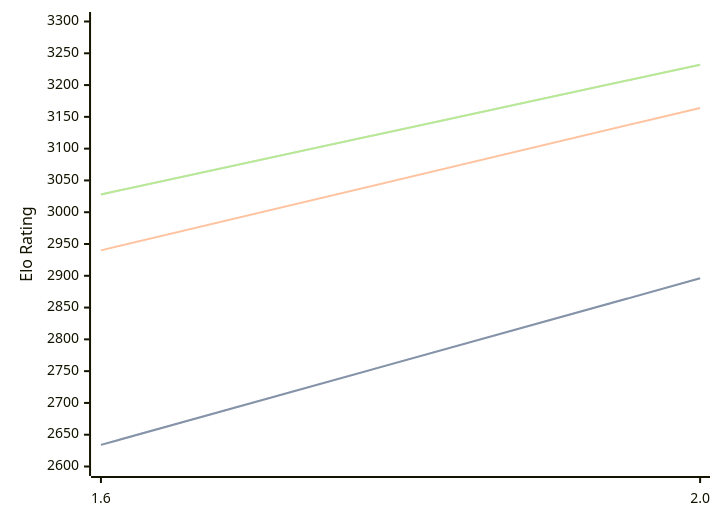
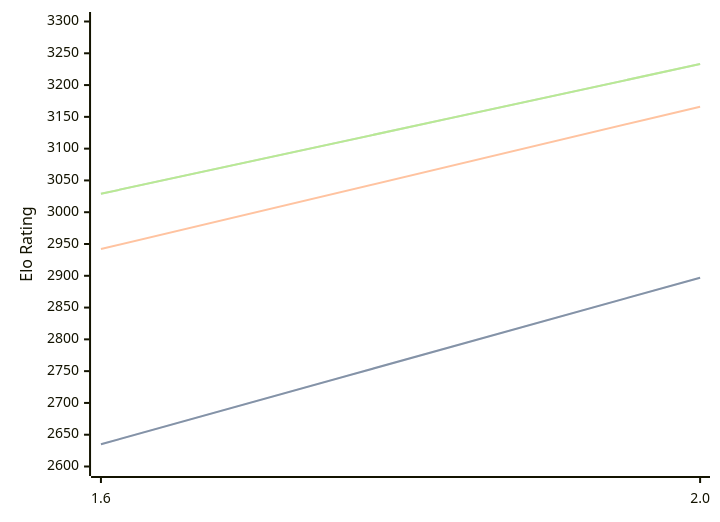
The diagram in engines/Onyx.md (computer-chess-index/cci), drawn with Mermaid before and after one commit. The commit also changed other lines of this file, not shown here.

Commit message:
Update CCI Ratings (ELO VLTC) - 2026-10-09

````diff
--- a/engines/Onyx.md
+++ b/engines/Onyx.md
@@ -32,11 +32,11 @@
 ```mermaid
 %%{init: {"theme":"base","themeVariables":{"seriesColors:['#a3a3a3','#222221','#faa371']}}}%%
 xychart-beta
   x-axis ["1.6", "2.0"]
   y-axis "Elo Rating" 2600 --> 3300
-  line "" [2634, 2896]
-  line "STC (8.0+0.08s)" [2634, 2896]
-  line "LTC (60.0+0.60s)" [2940, 3164]
-  line "" [3028, 3232]
-  line "VLTC (2m24s+1.12s)" [3028, 3232]
+  line "" [2635, 2897]
+  line "STC (8.0+0.08s)" [2635, 2897]
+  line "LTC (60.0+0.60s)" [2942, 3166]
+  line "" [3029, 3233]
+  line "VLTC (2m24s+1.12s)" [3029, 3233]
 ```
````
